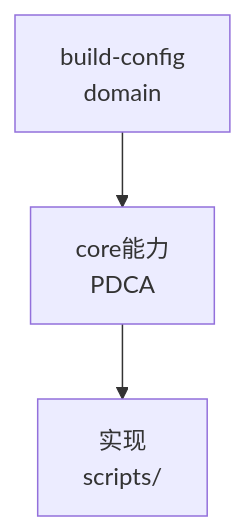
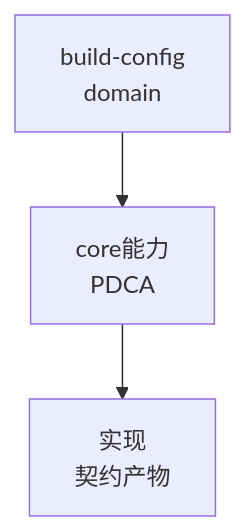
The diagram in ontology/domain/core/build-config.md (MyBlackHole/pdca-workflow), drawn with Mermaid before and after one commit. The commit also changed other lines of this file and 8256 other files, not shown here.

````diff
--- a/ontology/domain/core/build-config.md
+++ b/ontology/domain/core/build-config.md
@@ -33,6 +41,6 @@
 ```mermaid
 graph TD
     A[build-config<br/>domain] --> B[core能力<br/>PDCA]
-    B --> C[实现<br/>scripts/]
-    %% Source: ontology/domain/build-config.md:1 + ontology/concept/ontology-fidelity-criterion.md:1
+    B --> C[实现<br/>契约产物]
+    %% Source: ontology/domain/core/build-config.md:1 + ontology/concept/ontology-fidelity-criterion.md:1
 ```
````
